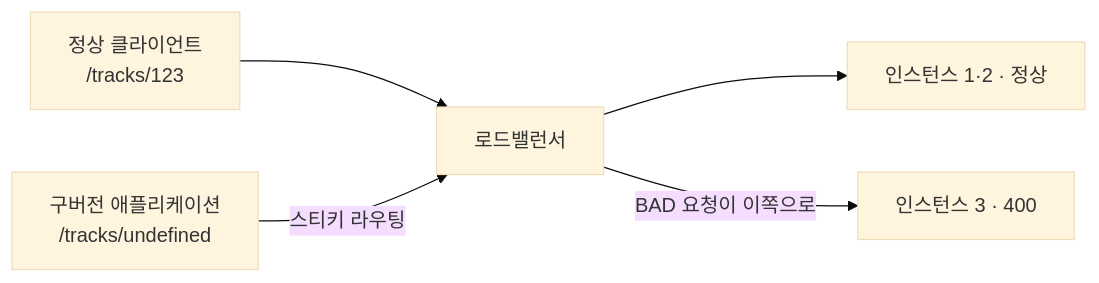
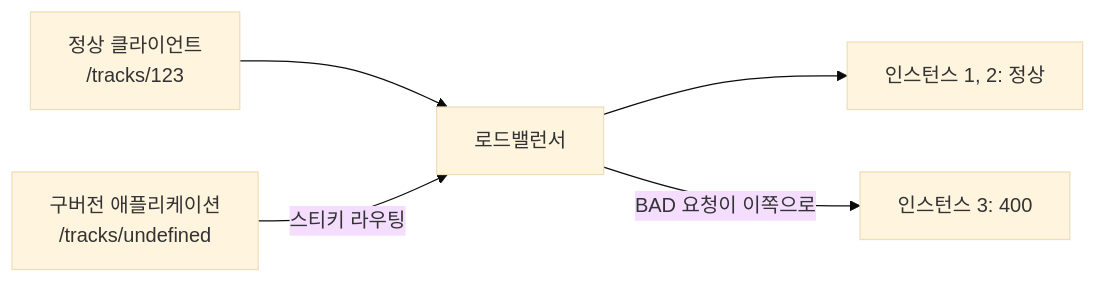
The second of 2 diagrams in blog/2026-08-19-one-instance-400-bad-request.mdx (johnycho/johny-dev), drawn with Mermaid (base theme) before and after one commit. The commit also changed other lines of this file and 188 other files, not shown here.

````diff
--- a/blog/2026-08-19-one-instance-400-bad-request.mdx
+++ b/blog/2026-08-19-one-instance-400-bad-request.mdx
@@ -68,7 +68,7 @@
 ```mermaid
 flowchart LR
     OK["정상 클라이언트<br/>/tracks/123"] --> LB["로드밸런서"]
     BAD["구버전 애플리케이션<br/>/tracks/undefined"] -->|스티키 라우팅| LB
-    LB --> A["인스턴스 1·2 · 정상"]
-    LB -->|BAD 요청이 이쪽으로| C["인스턴스 3 · 400"]
+    LB --> A["인스턴스 1, 2: 정상"]
+    LB -->|BAD 요청이 이쪽으로| C["인스턴스 3: 400"]
 ```
````
